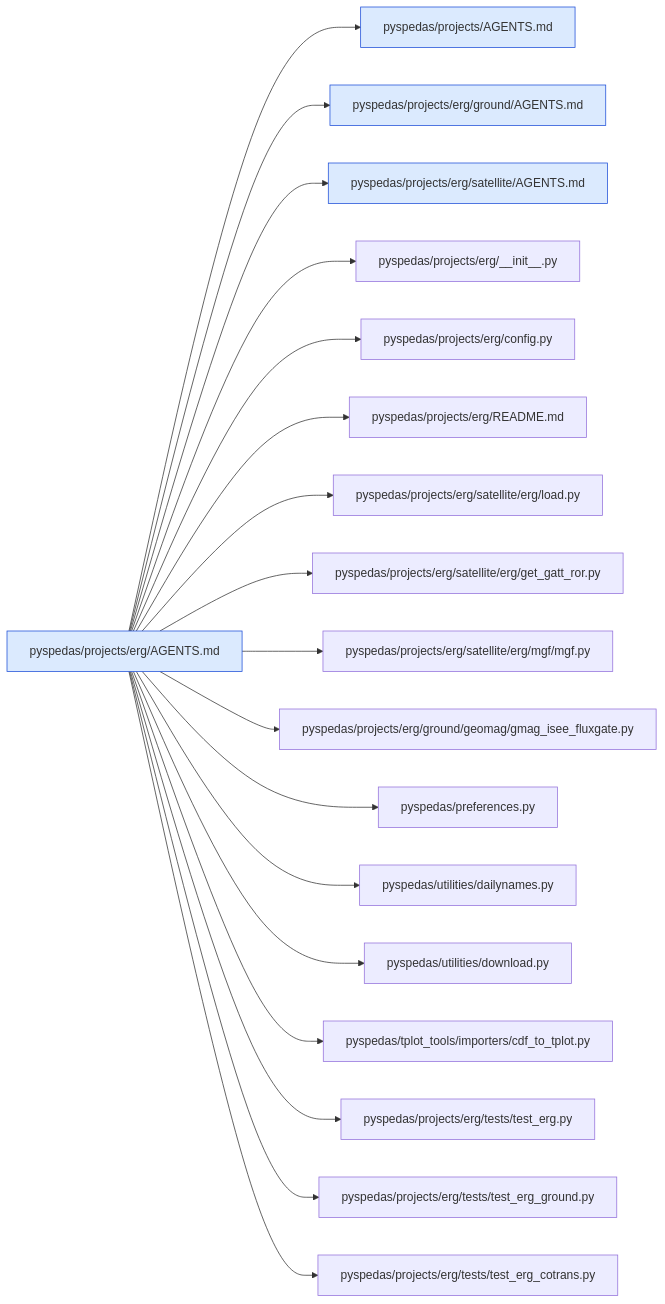
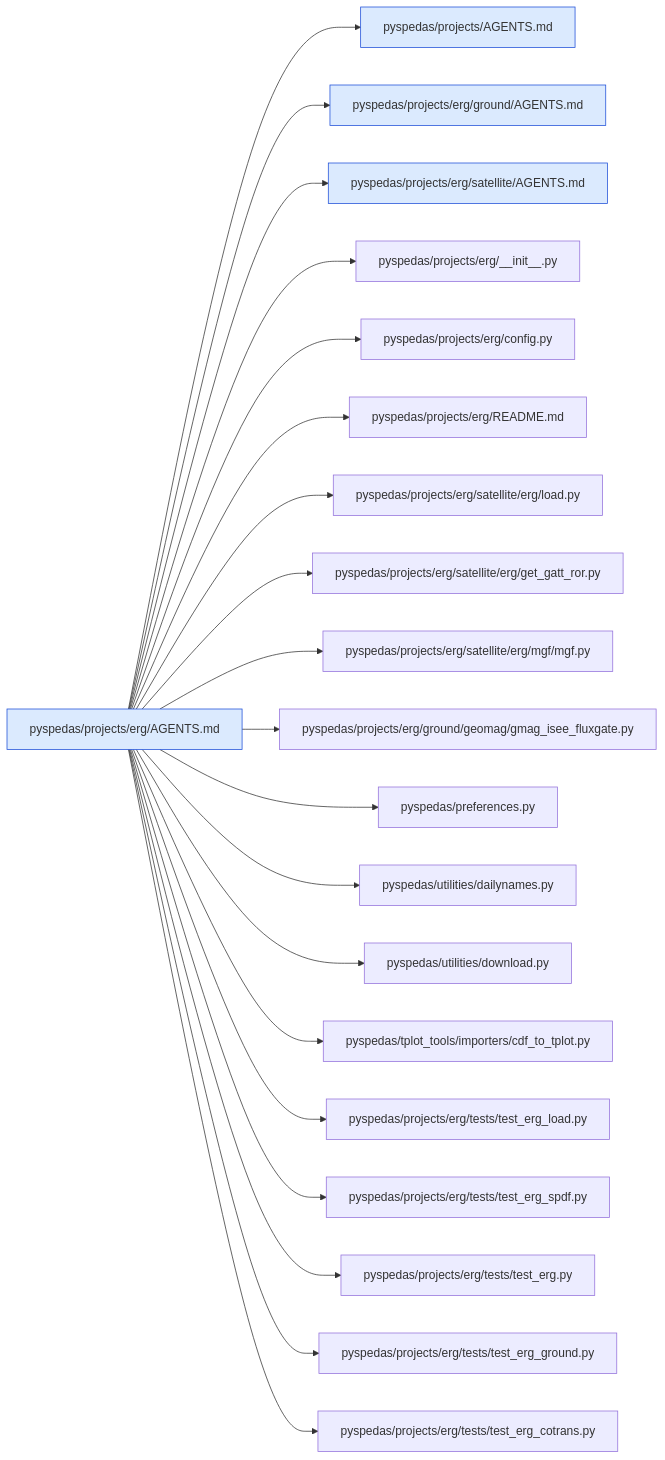
Diagram 13 of 42 in .agents/map/MAP.md (spedas/pyspedas), drawn with Mermaid before and after one commit. The commit also changed other lines of this file and 19 other files, not shown here.

First line of the commit message:
1495 update erg load routines to accept spdf urls (#1497)

````diff
--- a/.agents/map/MAP.md
+++ b/.agents/map/MAP.md
@@ -606,23 +606,25 @@
 ```mermaid
 graph LR
   classDef agents fill:#dbeafe,stroke:#1d4ed8
   classDef missing fill:#fee2e2,stroke:#b91c1c,stroke-dasharray:4
   self["pyspedas/projects/erg/AGENTS.md"]:::agents
   self --> r0["pyspedas/projects/AGENTS.md"]:::agents
   self --> r1["pyspedas/projects/erg/ground/AGENTS.md"]:::agents
   self --> r2["pyspedas/projects/erg/satellite/AGENTS.md"]:::agents
   self --> r3["pyspedas/projects/erg/__init__.py"]
   self --> r4["pyspedas/projects/erg/config.py"]
   self --> r5["pyspedas/projects/erg/README.md"]
   self --> r6["pyspedas/projects/erg/satellite/erg/load.py"]
   self --> r7["pyspedas/projects/erg/satellite/erg/get_gatt_ror.py"]
   self --> r8["pyspedas/projects/erg/satellite/erg/mgf/mgf.py"]
   self --> r9["pyspedas/projects/erg/ground/geomag/gmag_isee_fluxgate.py"]
   self --> r10["pyspedas/preferences.py"]
   self --> r11["pyspedas/utilities/dailynames.py"]
   self --> r12["pyspedas/utilities/download.py"]
   self --> r13["pyspedas/tplot_tools/importers/cdf_to_tplot.py"]
-  self --> r14["pyspedas/projects/erg/tests/test_erg.py"]
-  self --> r15["pyspedas/projects/erg/tests/test_erg_ground.py"]
-  self --> r16["pyspedas/projects/erg/tests/test_erg_cotrans.py"]
+  self --> r14["pyspedas/projects/erg/tests/test_erg_load.py"]
+  self --> r15["pyspedas/projects/erg/tests/test_erg_spdf.py"]
+  self --> r16["pyspedas/projects/erg/tests/test_erg.py"]
+  self --> r17["pyspedas/projects/erg/tests/test_erg_ground.py"]
+  self --> r18["pyspedas/projects/erg/tests/test_erg_cotrans.py"]
 ```
````
